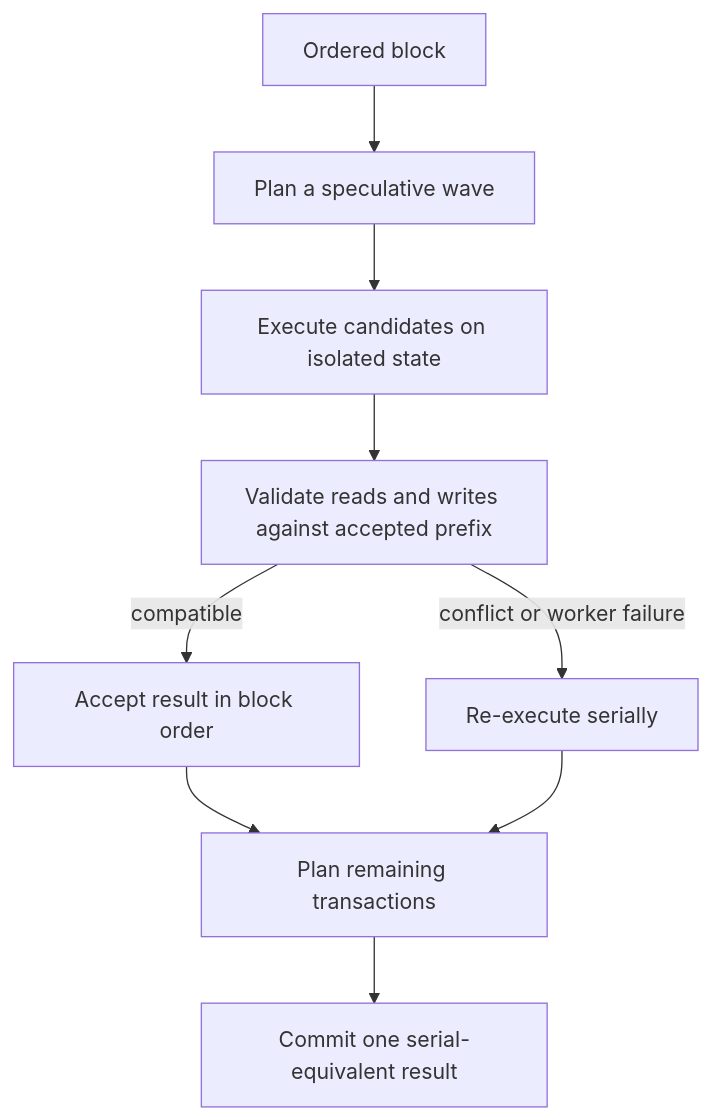
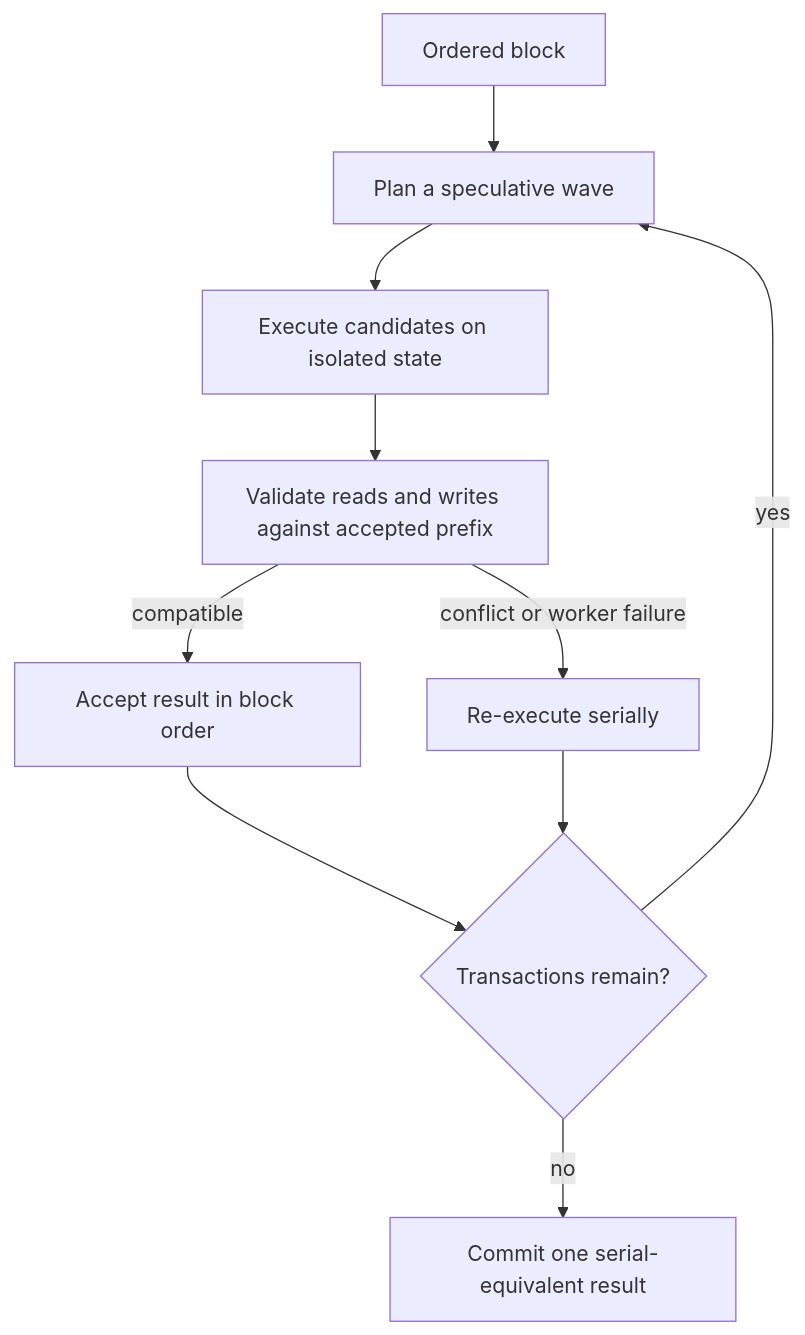
Before and after one commit to xian-technology/xian-docs-web: the diagram in concepts/parallel-block-execution.md, drawn with Mermaid. The commit also changed 28 other files, not shown here.

````diff
--- a/concepts/parallel-block-execution.md
+++ b/concepts/parallel-block-execution.md
@@ -11,11 +11,12 @@
 ```mermaid
 flowchart TD
   Block["Ordered block"] --> Plan["Plan a speculative wave"]
   Plan --> Workers["Execute candidates on isolated state"]
   Workers --> Check["Validate reads and writes against accepted prefix"]
   Check -->|compatible| Accept["Accept result in block order"]
   Check -->|conflict or worker failure| Serial["Re-execute serially"]
-  Accept --> Next["Plan remaining transactions"]
+  Accept --> Next{"Transactions remain?"}
   Serial --> Next
-  Next --> Commit["Commit one serial-equivalent result"]
+  Next -->|yes| Plan
+  Next -->|no| Commit["Commit one serial-equivalent result"]
 ```
````
